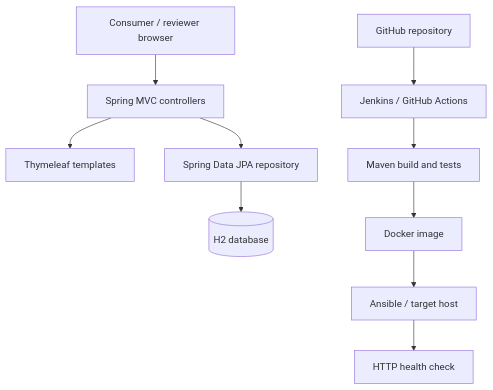
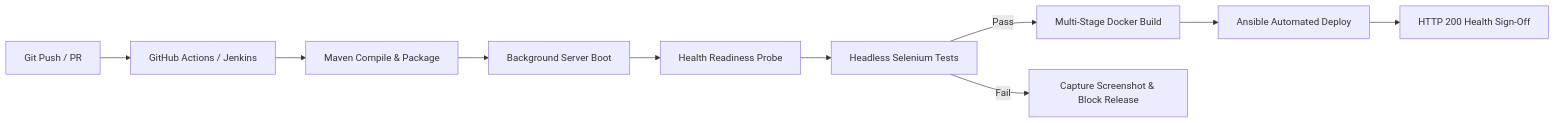
The fourth of 4 diagrams in docs/SRS.md (ahireharshad/consumer-complaint-portal-devops), drawn with Mermaid before and after one commit. The commit also changed other lines of this file and 18 other files, not shown here.

````diff
--- a/docs/SRS.md
+++ b/docs/SRS.md
@@ -38,12 +167,12 @@
 ```mermaid
-flowchart TB
-  Browser[Consumer / reviewer browser] --> MVC[Spring MVC controllers]
-  MVC --> Views[Thymeleaf templates]
-  MVC --> Repo[Spring Data JPA repository]
-  Repo --> DB[(H2 database)]
-  Git[GitHub repository] --> CI[Jenkins / GitHub Actions]
-  CI --> Maven[Maven build and tests]
-  Maven --> Image[Docker image]
-  Image --> Deploy[Ansible / target host]
-  Deploy --> Health[HTTP health check]
+flowchart LR
+    A[Git Push / PR] --> B[GitHub Actions / Jenkins]
+    B --> C[Maven Compile & Package]
+    C --> D[Background Server Boot]
+    D --> E[Health Readiness Probe]
+    E --> F[Headless Selenium Tests]
+    F -->|Pass| G[Multi-Stage Docker Build]
+    F -->|Fail| H[Capture Screenshot & Block Release]
+    G --> I[Ansible Automated Deploy]
+    I --> J[HTTP 200 Health Sign-Off]
 ```
````
